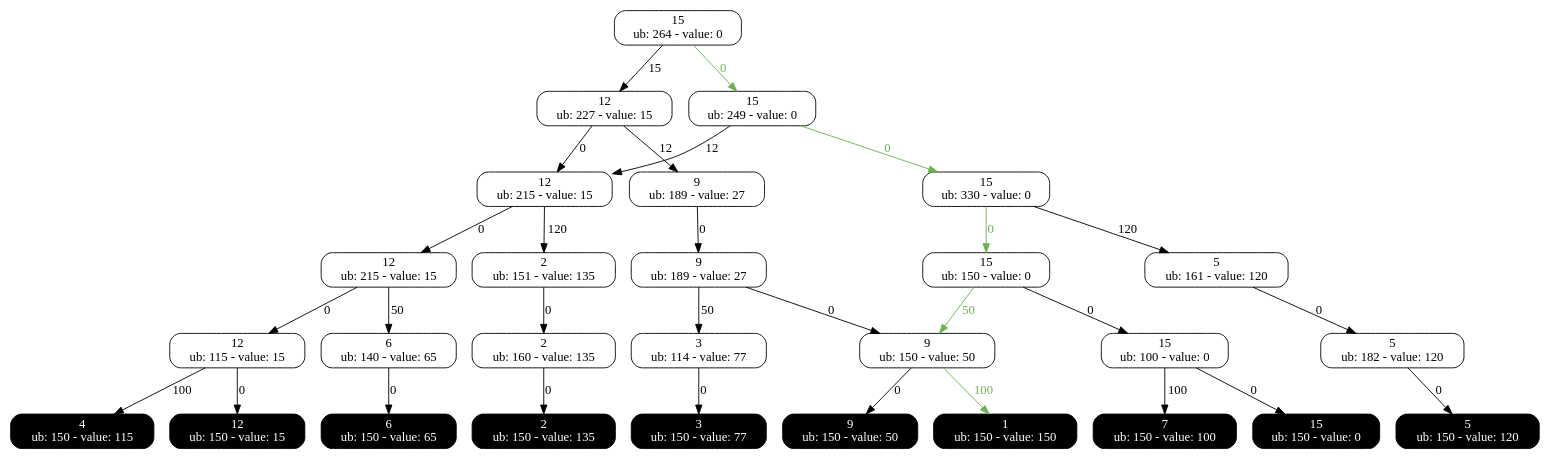
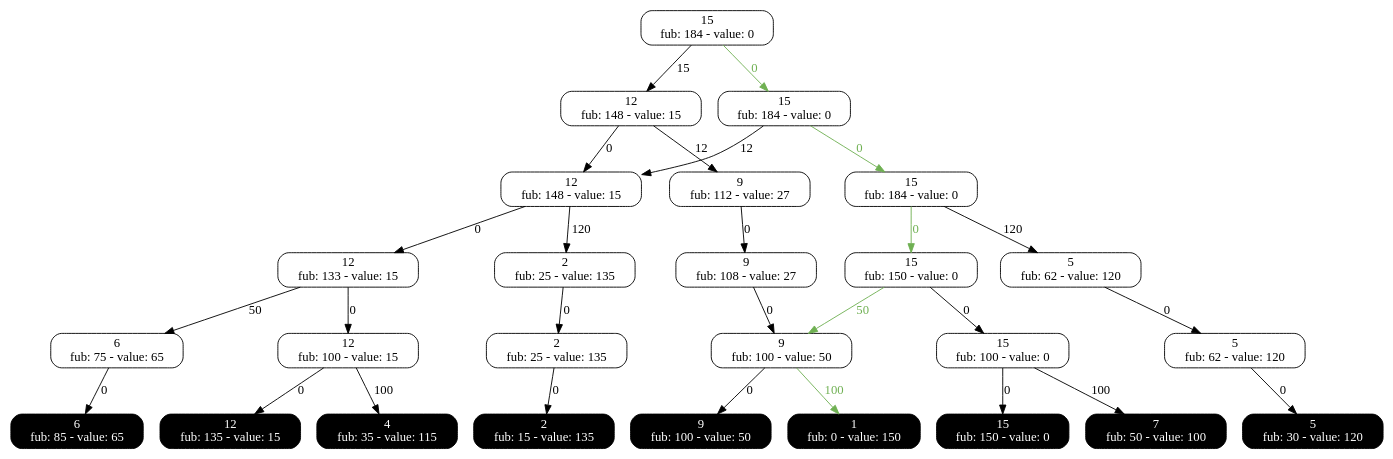
Before and after one commit to DDOLIB-CETIC-UCL/DDOLib: the diagram in output/KS_exact.dot, drawn with Graphviz. The commit also changed 5 other files, not shown here.

```diff
--- a/output/KS_exact.dot
+++ b/output/KS_exact.dot
@@ -1,87 +1,81 @@
 digraph exact{
-668386784 [label="15
-ub: 264 - value: 0", style=rounded, shape=rectangle, tooltip="Exact node"];
-1791741888 [label="12
-ub: 227 - value: 15", style=rounded, shape=rectangle, tooltip="Exact node"];
-2094548358 [label="15
-ub: 249 - value: 0", style=rounded, shape=rectangle, tooltip="Exact node"];
-455896770 [label="9
-ub: 189 - value: 27", style=rounded, shape=rectangle, tooltip="Exact node"];
-1880587981 [label="12
-ub: 215 - value: 15", style=rounded, shape=rectangle, tooltip="Exact node"];
-1198108795 [label="15
-ub: 330 - value: 0", style=rounded, shape=rectangle, tooltip="Exact node"];
-396873410 [label="2
-ub: 151 - value: 135", style=rounded, shape=rectangle, tooltip="Exact node"];
-1867750575 [label="5
-ub: 161 - value: 120", style=rounded, shape=rectangle, tooltip="Exact node"];
-1342443276 [label="9
-ub: 189 - value: 27", style=rounded, shape=rectangle, tooltip="Exact node"];
-1587487668 [label="12
-ub: 215 - value: 15", style=rounded, shape=rectangle, tooltip="Exact node"];
-932172204 [label="15
-ub: 150 - value: 0", style=rounded, shape=rectangle, tooltip="Exact node"];
-1848402763 [label="2
-ub: 160 - value: 135", style=rounded, shape=rectangle, tooltip="Exact node"];
-2121055098 [label="3
-ub: 114 - value: 77", style=rounded, shape=rectangle, tooltip="Exact node"];
-1896277646 [label="5
-ub: 182 - value: 120", style=rounded, shape=rectangle, tooltip="Exact node"];
-1702297201 [label="6
-ub: 140 - value: 65", style=rounded, shape=rectangle, tooltip="Exact node"];
-806353501 [label="9
-ub: 150 - value: 50", style=rounded, shape=rectangle, tooltip="Exact node"];
-1637070917 [label="12
-ub: 115 - value: 15", style=rounded, shape=rectangle, tooltip="Exact node"];
-205797316 [label="15
-ub: 100 - value: 0", style=rounded, shape=rectangle, tooltip="Exact node"];
-1066516207 [label="1
-ub: 150 - value: 150", style=rounded, shape=rectangle, tooltip="Exact node", style="filled, rounded", shape=rectangle, color=black, fontcolor=white, tooltip="Terminal node"];
-935044096 [label="2
-ub: 150 - value: 135", style=rounded, shape=rectangle, tooltip="Exact node", style="filled, rounded", shape=rectangle, color=black, fontcolor=white, tooltip="Terminal node"];
-625576447 [label="3
-ub: 150 - value: 77", style=rounded, shape=rectangle, tooltip="Exact node", style="filled, rounded", shape=rectangle, color=black, fontcolor=white, tooltip="Terminal node"];
-939047783 [label="4
-ub: 150 - value: 115", style=rounded, shape=rectangle, tooltip="Exact node", style="filled, rounded", shape=rectangle, color=black, fontcolor=white, tooltip="Terminal node"];
-548246552 [label="5
-ub: 150 - value: 120", style=rounded, shape=rectangle, tooltip="Exact node", style="filled, rounded", shape=rectangle, color=black, fontcolor=white, tooltip="Terminal node"];
-1134517053 [label="6
-ub: 150 - value: 65", style=rounded, shape=rectangle, tooltip="Exact node", style="filled, rounded", shape=rectangle, color=black, fontcolor=white, tooltip="Terminal node"];
-1368884364 [label="7
-ub: 150 - value: 100", style=rounded, shape=rectangle, tooltip="Exact node", style="filled, rounded", shape=rectangle, color=black, fontcolor=white, tooltip="Terminal node"];
-772777427 [label="9
-ub: 150 - value: 50", style=rounded, shape=rectangle, tooltip="Exact node", style="filled, rounded", shape=rectangle, color=black, fontcolor=white, tooltip="Terminal node"];
-1751075886 [label="12
-ub: 150 - value: 15", style=rounded, shape=rectangle, tooltip="Exact node", style="filled, rounded", shape=rectangle, color=black, fontcolor=white, tooltip="Terminal node"];
-777874839 [label="15
-ub: 150 - value: 0", style=rounded, shape=rectangle, tooltip="Exact node", style="filled, rounded", shape=rectangle, color=black, fontcolor=white, tooltip="Terminal node"];
-1342443276 -> 2121055098 [label=50, tooltip="Decision: assign 1 to var 3"];
-1342443276 -> 806353501 [label=0, tooltip="Decision: assign 0 to var 3"];
-668386784 -> 2094548358 [label=0, tooltip="Decision: assign 0 to var 0", color="#6fb052", fontcolor="#6fb052"];
-2094548358 -> 1198108795 [label=0, tooltip="Decision: assign 0 to var 1", color="#6fb052", fontcolor="#6fb052"];
-205797316 -> 777874839 [label=0, tooltip="Decision: assign 0 to var 4"];
-1198108795 -> 1867750575 [label=120, tooltip="Decision: assign 1 to var 2"];
-205797316 -> 1368884364 [label=100, tooltip="Decision: assign 1 to var 4"];
-1198108795 -> 932172204 [label=0, tooltip="Decision: assign 0 to var 2", color="#6fb052", fontcolor="#6fb052"];
-455896770 -> 1342443276 [label=0, tooltip="Decision: assign 0 to var 2"];
-1867750575 -> 1896277646 [label=0, tooltip="Decision: assign 0 to var 3"];
-1587487668 -> 1702297201 [label=50, tooltip="Decision: assign 1 to var 3"];
-932172204 -> 205797316 [label=0, tooltip="Decision: assign 0 to var 3"];
-1637070917 -> 1751075886 [label=0, tooltip="Decision: assign 0 to var 4"];
-2094548358 -> 1880587981 [label=12, tooltip="Decision: assign 1 to var 1"];
-806353501 -> 772777427 [label=0, tooltip="Decision: assign 0 to var 4"];
-1791741888 -> 1880587981 [label=0, tooltip="Decision: assign 0 to var 1"];
-2121055098 -> 625576447 [label=0, tooltip="Decision: assign 0 to var 4"];
-1637070917 -> 939047783 [label=100, tooltip="Decision: assign 1 to var 4"];
-1896277646 -> 548246552 [label=0, tooltip="Decision: assign 0 to var 4"];
-806353501 -> 1066516207 [label=100, tooltip="Decision: assign 1 to var 4", color="#6fb052", fontcolor="#6fb052"];
-396873410 -> 1848402763 [label=0, tooltip="Decision: assign 0 to var 3"];
-668386784 -> 1791741888 [label=15, tooltip="Decision: assign 1 to var 0"];
-932172204 -> 806353501 [label=50, tooltip="Decision: assign 1 to var 3", color="#6fb052", fontcolor="#6fb052"];
-1791741888 -> 455896770 [label=12, tooltip="Decision: assign 1 to var 1"];
-1848402763 -> 935044096 [label=0, tooltip="Decision: assign 0 to var 4"];
-1880587981 -> 396873410 [label=120, tooltip="Decision: assign 1 to var 2"];
-1587487668 -> 1637070917 [label=0, tooltip="Decision: assign 0 to var 3"];
-1880587981 -> 1587487668 [label=0, tooltip="Decision: assign 0 to var 2"];
-1702297201 -> 1134517053 [label=0, tooltip="Decision: assign 0 to var 4"];
+0 [label="15
+fub: 184 - value: 0", style=rounded, shape=rectangle, tooltip="Exact node"];
+1 [label="12
+fub: 148 - value: 15", style=rounded, shape=rectangle, tooltip="Exact node"];
+2 [label="15
+fub: 184 - value: 0", style=rounded, shape=rectangle, tooltip="Exact node"];
+3 [label="9
+fub: 112 - value: 27", style=rounded, shape=rectangle, tooltip="Exact node"];
+4 [label="12
+fub: 148 - value: 15", style=rounded, shape=rectangle, tooltip="Exact node"];
+5 [label="15
+fub: 184 - value: 0", style=rounded, shape=rectangle, tooltip="Exact node"];
+7 [label="2
+fub: 25 - value: 135", style=rounded, shape=rectangle, tooltip="Exact node"];
+9 [label="5
+fub: 62 - value: 120", style=rounded, shape=rectangle, tooltip="Exact node"];
+6 [label="9
+fub: 108 - value: 27", style=rounded, shape=rectangle, tooltip="Exact node"];
+8 [label="12
+fub: 133 - value: 15", style=rounded, shape=rectangle, tooltip="Exact node"];
+10 [label="15
+fub: 150 - value: 0", style=rounded, shape=rectangle, tooltip="Exact node"];
+11 [label="2
+fub: 25 - value: 135", style=rounded, shape=rectangle, tooltip="Exact node"];
+12 [label="5
+fub: 62 - value: 120", style=rounded, shape=rectangle, tooltip="Exact node"];
+15 [label="6
+fub: 75 - value: 65", style=rounded, shape=rectangle, tooltip="Exact node"];
+14 [label="9
+fub: 100 - value: 50", style=rounded, shape=rectangle, tooltip="Exact node"];
+16 [label="12
+fub: 100 - value: 15", style=rounded, shape=rectangle, tooltip="Exact node"];
+17 [label="15
+fub: 100 - value: 0", style=rounded, shape=rectangle, tooltip="Exact node"];
+21 [label="1
+fub: 0 - value: 150", style=rounded, shape=rectangle, tooltip="Exact node", style="filled, rounded", shape=rectangle, color=black, fontcolor=white, tooltip="Terminal node"];
+18 [label="2
+fub: 15 - value: 135", style=rounded, shape=rectangle, tooltip="Exact node", style="filled, rounded", shape=rectangle, color=black, fontcolor=white, tooltip="Terminal node"];
+23 [label="4
+fub: 35 - value: 115", style=rounded, shape=rectangle, tooltip="Exact node", style="filled, rounded", shape=rectangle, color=black, fontcolor=white, tooltip="Terminal node"];
+19 [label="5
+fub: 30 - value: 120", style=rounded, shape=rectangle, tooltip="Exact node", style="filled, rounded", shape=rectangle, color=black, fontcolor=white, tooltip="Terminal node"];
+20 [label="6
+fub: 85 - value: 65", style=rounded, shape=rectangle, tooltip="Exact node", style="filled, rounded", shape=rectangle, color=black, fontcolor=white, tooltip="Terminal node"];
+25 [label="7
+fub: 50 - value: 100", style=rounded, shape=rectangle, tooltip="Exact node", style="filled, rounded", shape=rectangle, color=black, fontcolor=white, tooltip="Terminal node"];
+22 [label="9
+fub: 100 - value: 50", style=rounded, shape=rectangle, tooltip="Exact node", style="filled, rounded", shape=rectangle, color=black, fontcolor=white, tooltip="Terminal node"];
+24 [label="12
+fub: 135 - value: 15", style=rounded, shape=rectangle, tooltip="Exact node", style="filled, rounded", shape=rectangle, color=black, fontcolor=white, tooltip="Terminal node"];
+26 [label="15
+fub: 150 - value: 0", style=rounded, shape=rectangle, tooltip="Exact node", style="filled, rounded", shape=rectangle, color=black, fontcolor=white, tooltip="Terminal node"];
+7 -> 11 [label=0, tooltip="Decision: assign 0 to var 3"];
+10 -> 17 [label=0, tooltip="Decision: assign 0 to var 3"];
+15 -> 20 [label=0, tooltip="Decision: assign 0 to var 4"];
+3 -> 6 [label=0, tooltip="Decision: assign 0 to var 2"];
+14 -> 21 [label=100, tooltip="Decision: assign 1 to var 4", color="#6fb052", fontcolor="#6fb052"];
+16 -> 24 [label=0, tooltip="Decision: assign 0 to var 4"];
+16 -> 23 [label=100, tooltip="Decision: assign 1 to var 4"];
+2 -> 4 [label=12, tooltip="Decision: assign 1 to var 1"];
+12 -> 19 [label=0, tooltip="Decision: assign 0 to var 4"];
+9 -> 12 [label=0, tooltip="Decision: assign 0 to var 3"];
+1 -> 4 [label=0, tooltip="Decision: assign 0 to var 1"];
+0 -> 2 [label=0, tooltip="Decision: assign 0 to var 0", color="#6fb052", fontcolor="#6fb052"];
+8 -> 15 [label=50, tooltip="Decision: assign 1 to var 3"];
+1 -> 3 [label=12, tooltip="Decision: assign 1 to var 1"];
+11 -> 18 [label=0, tooltip="Decision: assign 0 to var 4"];
+17 -> 25 [label=100, tooltip="Decision: assign 1 to var 4"];
+14 -> 22 [label=0, tooltip="Decision: assign 0 to var 4"];
+4 -> 8 [label=0, tooltip="Decision: assign 0 to var 2"];
+4 -> 7 [label=120, tooltip="Decision: assign 1 to var 2"];
+5 -> 10 [label=0, tooltip="Decision: assign 0 to var 2", color="#6fb052", fontcolor="#6fb052"];
+8 -> 16 [label=0, tooltip="Decision: assign 0 to var 3"];
+0 -> 1 [label=15, tooltip="Decision: assign 1 to var 0"];
+6 -> 14 [label=0, tooltip="Decision: assign 0 to var 3"];
+2 -> 5 [label=0, tooltip="Decision: assign 0 to var 1", color="#6fb052", fontcolor="#6fb052"];
+5 -> 9 [label=120, tooltip="Decision: assign 1 to var 2"];
+10 -> 14 [label=50, tooltip="Decision: assign 1 to var 3", color="#6fb052", fontcolor="#6fb052"];
+17 -> 26 [label=0, tooltip="Decision: assign 0 to var 4"];
 }
```
